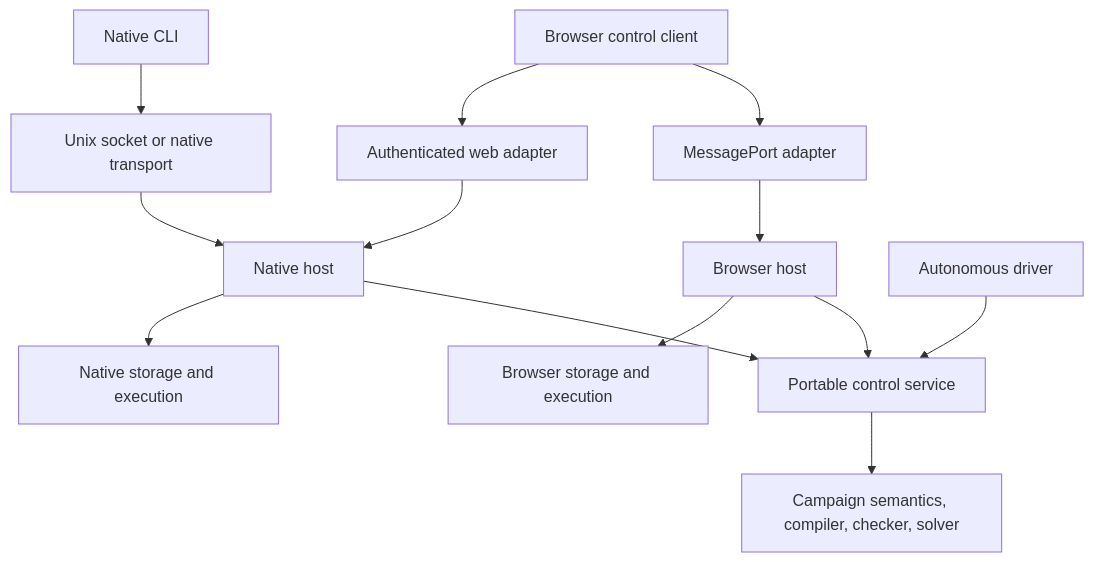
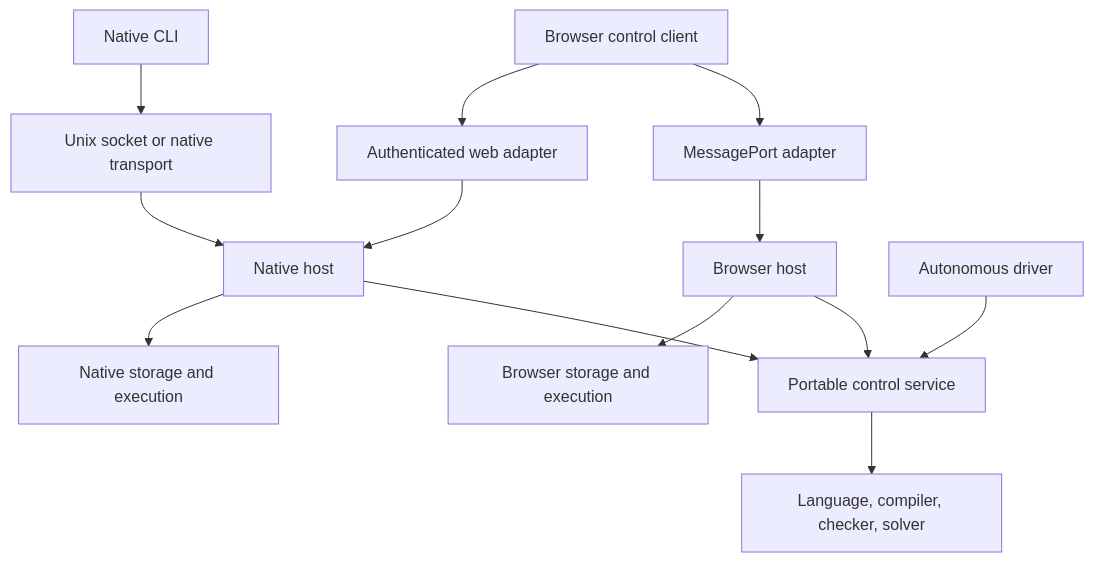
Before and after one commit to tavisrudd/othello: the diagram in notes/2026-09-07-c1084-portable-control-architecture.md, drawn with Mermaid. The commit also changed other lines of this file and 1 other file, not shown here.

````diff
--- a/notes/2026-09-07-c1084-portable-control-architecture.md
+++ b/notes/2026-09-07-c1084-portable-control-architecture.md
@@ -21,15 +21,15 @@
 ```mermaid
 flowchart TD
   UI[Browser control client] --> Local[MessagePort adapter]
   UI --> Remote[Authenticated web adapter]
   CLI[Native CLI] --> IPC[Unix socket or native transport]
   Local --> BH[Browser host]
   Remote --> NH[Native host]
   IPC --> NH
   BH --> Service[Portable control service]
   NH --> Service
   Driver[Autonomous driver] --> Service
-  Service --> Engine[Campaign semantics, compiler, checker, solver]
+  Service --> Engine[Language, compiler, checker, solver]
   BH --> BS[Browser storage and execution]
   NH --> NS[Native storage and execution]
 ```
````
